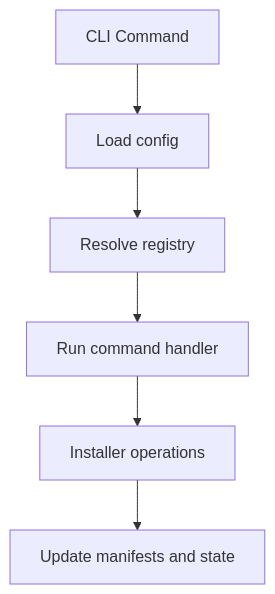
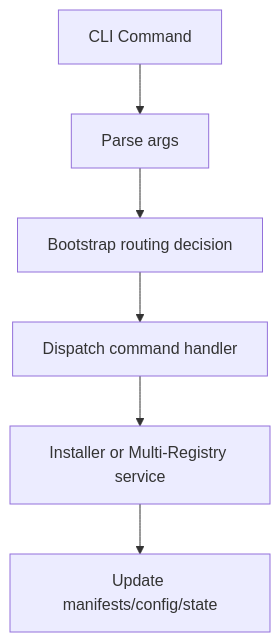
One commit to ibrar-x/flutter_shadcn_cli changed the diagram in doc/site/internals/architecture.md. Above: the diagram before and after it, drawn with Mermaid. The commit also changed other lines of this file and 242 other files, not shown here.

````diff
--- a/doc/site/internals/architecture.md
+++ b/doc/site/internals/architecture.md
@@ -13,8 +17,8 @@
 ```mermaid
 flowchart TD
-  A[CLI Command] --> B[Load config]
-  B --> C[Resolve registry]
-  C --> D[Run command handler]
-  D --> E[Installer operations]
-  E --> F[Update manifests and state]
+  A[CLI Command] --> B[Parse args]
+  B --> C[Bootstrap routing decision]
+  C --> D[Dispatch command handler]
+  D --> E[Installer or Multi-Registry service]
+  E --> F[Update manifests/config/state]
 ```
````
